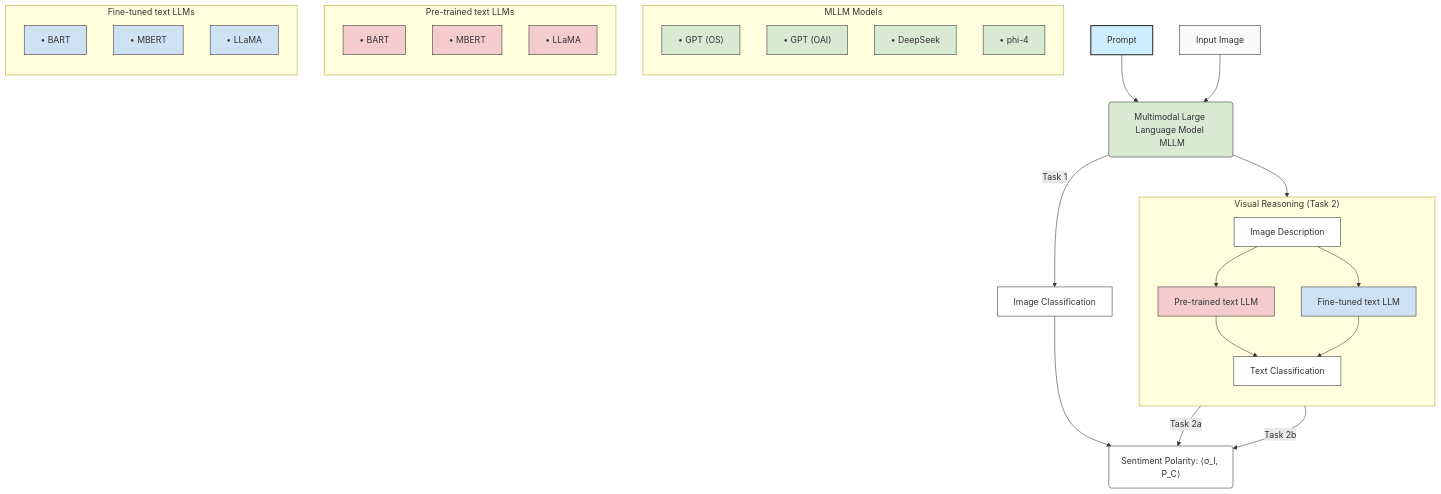
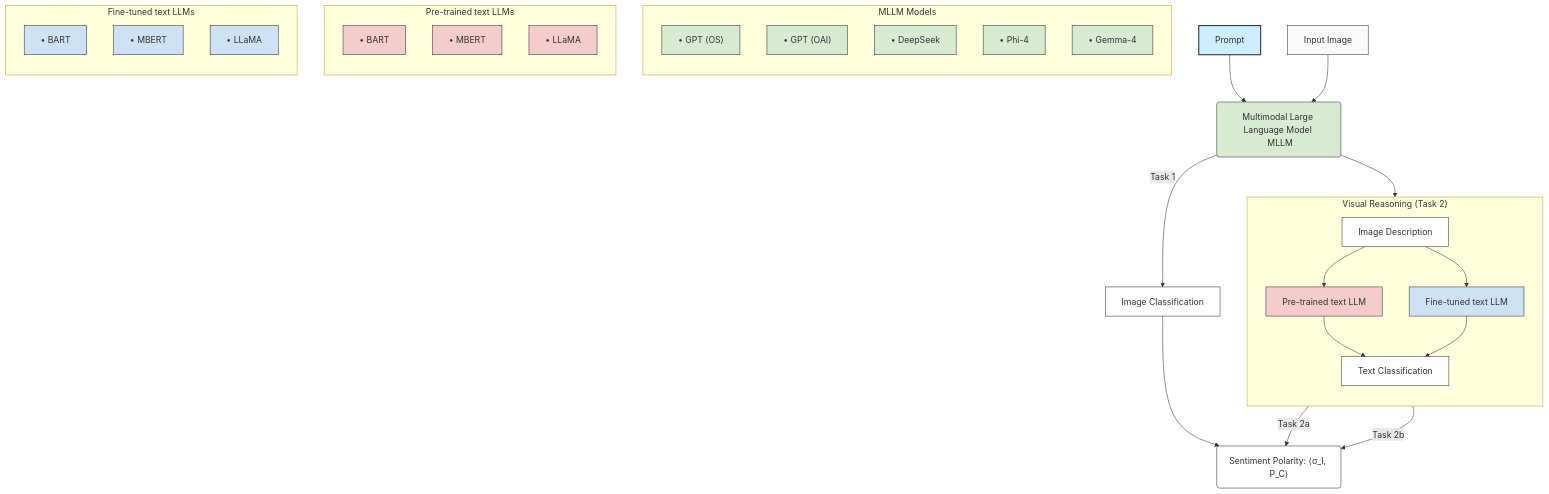
One commit to neemiasbsilva/multimodal-LLMs-see-sentiment changed the diagram in README.md. Above: the diagram before and after it, drawn with Mermaid. The commit also changed other lines of this file, not shown here.

Commit message:
docs(readme): add Gemma-4 to MLLM model key in mermaid diagram; update notebooks section

````diff
--- a/README.md
+++ b/README.md
@@ -19,67 +19,68 @@
 ```mermaid
 graph TD
     %% Define main node styles matching the image colors
     classDef prompt fill:#cceeff,stroke:#333,stroke-width:2px;
     classDef image fill:#f9f9f9,stroke:#333,stroke-width:1px;
     classDef mllm fill:#d9ead3,stroke:#333,stroke-width:1px;
     classDef defaultbox fill:#ffffff,stroke:#333,stroke-width:1px;
     classDef pretrained fill:#f4cccc,stroke:#333,stroke-width:1px;
     classDef finetuned fill:#cfe2f3,stroke:#333,stroke-width:1px;
 
     %% Nodes
     Prompt[Prompt]:::prompt
     InputImage[Input Image]:::image
     MLLM(Multimodal Large Language Model <br/> MLLM):::mllm
     
     IC[Image Classification]:::defaultbox
     SP("Sentiment Polarity: ⟨σ_I, P_C⟩"):::defaultbox
 
     %% Connections for main paths
     Prompt --> MLLM
     InputImage --> MLLM
     
     %% Task 1
     MLLM -- "Task 1" --> IC
     IC --> SP
 
     %% Task 2 Conceptual visual grouping
     subgraph Task2 ["Visual Reasoning (Task 2)"]
         direction TB
         ID[Image Description]:::defaultbox
         PTL[Pre-trained text LLM]:::pretrained
         FTL[Fine-tuned text LLM]:::finetuned
         TC[Text Classification]:::defaultbox
         
         ID --> PTL
         ID --> FTL
         PTL --> TC
         FTL --> TC
     end
 
     MLLM --> ID
     TC -- "Task 2a" --> SP
     TC -- "Task 2b" --> SP
 
     %% Model Keys and Legends (Rendered as separate reference blocks)
     subgraph Key_MLLM [MLLM Models]
         direction TB
         G1["• GPT (OS)"]:::mllm
         G2["• GPT (OAI)"]:::mllm
         G3["• DeepSeek"]:::mllm
-        G4["• phi-4"]:::mllm
+        G4["• Phi-4"]:::mllm
+        G5["• Gemma-4"]:::mllm
     end
 
     subgraph Key_Pretrained [Pre-trained text LLMs]
         direction TB
         R1["• BART"]:::pretrained
         R2["• MBERT"]:::pretrained
         R3["• LLaMA"]:::pretrained
     end
 
     subgraph Key_Finetuned [Fine-tuned text LLMs]
         direction TB
         B1["• BART"]:::finetuned
         B2["• MBERT"]:::finetuned
         B3["• LLaMA"]:::finetuned
     end
 ```
````
